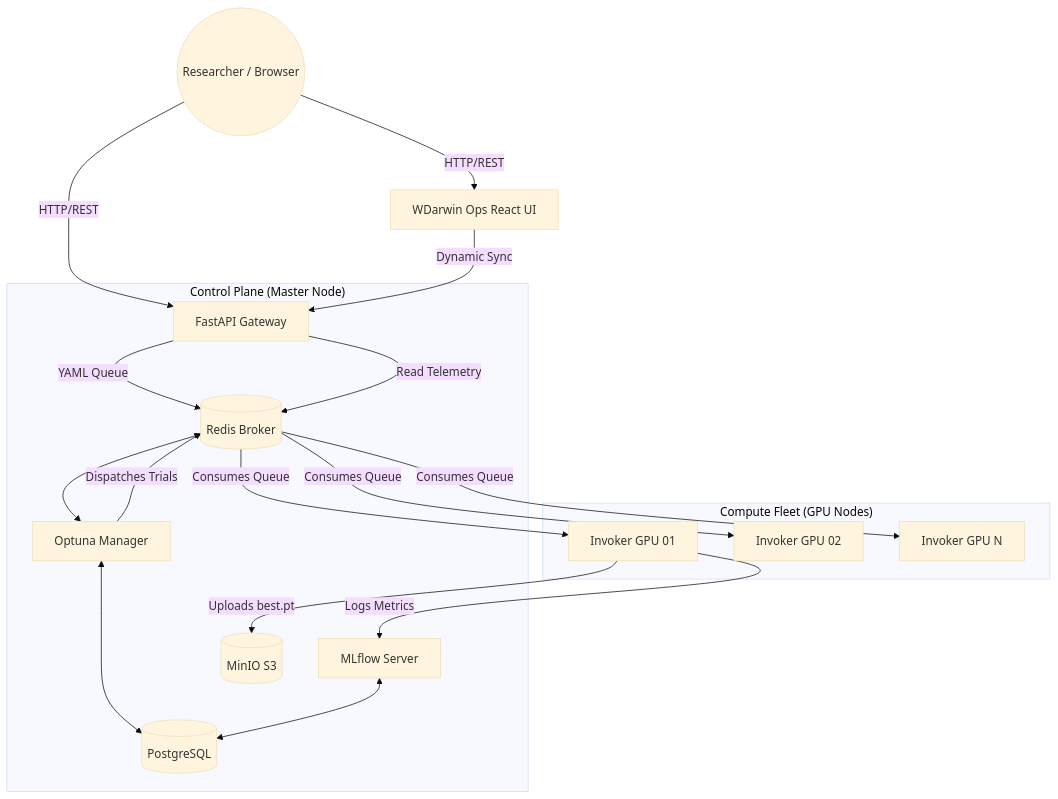
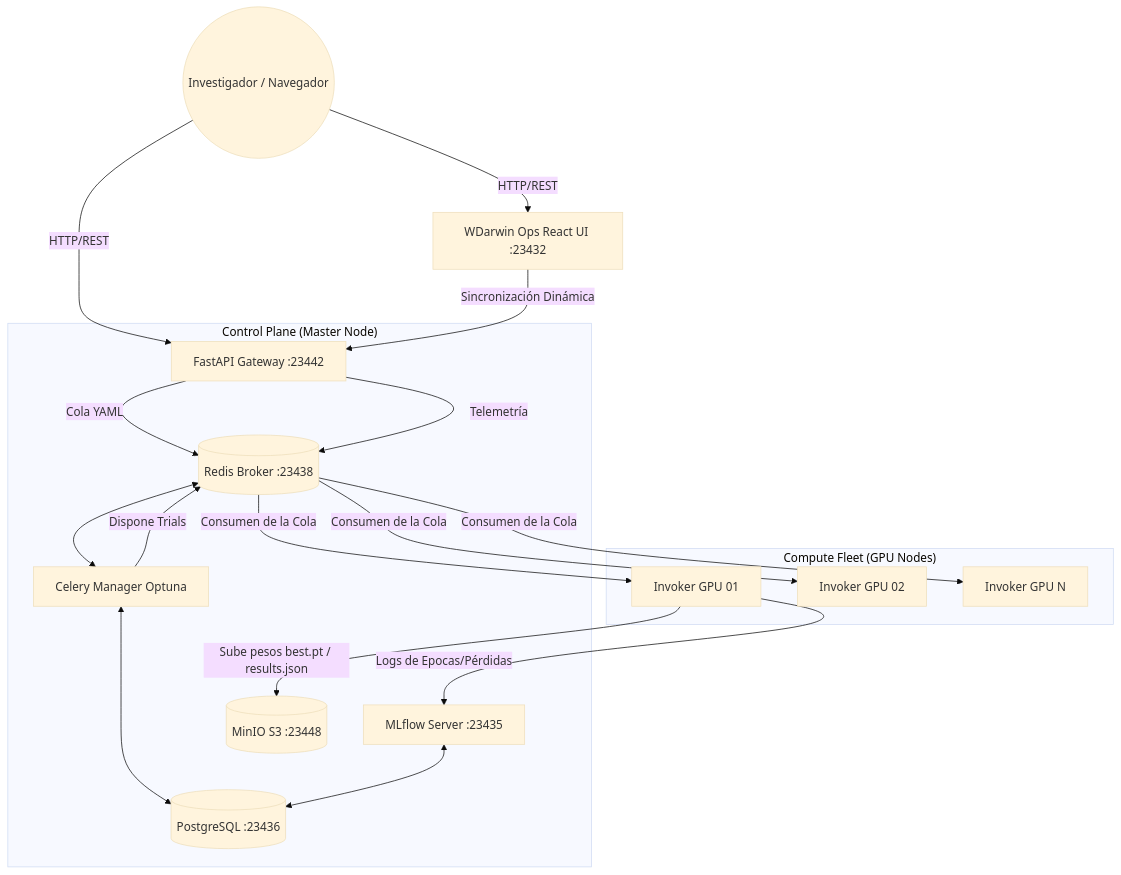
Before and after one commit to wisrovi/wyoloservice2_production: the diagram in README.md, drawn with Mermaid (base theme). The commit also changed other lines of this file, not shown here.

````diff
--- a/README.md
+++ b/README.md
@@ -73,29 +54,29 @@
 ```mermaid
 graph TD
-    Client((Researcher / Browser)) -->|HTTP/REST| UI[WDarwin Ops React UI]
-    Client -->|HTTP/REST| API[FastAPI Gateway]
-    UI -->|Dynamic Sync| API
+    Client((Investigador / Navegador)) -->|HTTP/REST| UI[WDarwin Ops React UI :23432]
+    Client -->|HTTP/REST| API[FastAPI Gateway :23442]
+    UI -->|Sincronización Dinámica| API
     
     subgraph "Control Plane (Master Node)"
-        API -->|YAML Queue| Redis[(Redis Broker)]
-        API -->|Read Telemetry| Redis
-        Redis <--> Manager[Optuna Manager]
-        Manager <--> PostgreSQL[(PostgreSQL)]
-        MLflow[MLflow Server] <--> PostgreSQL
-        MinIO[(MinIO S3)]
+        API -->|Cola YAML| Redis[(Redis Broker :23438)]
+        API -->|Telemetría| Redis
+        Redis <--> Manager[Celery Manager Optuna]
+        Manager <--> PostgreSQL[(PostgreSQL :23436)]
+        MLflow[MLflow Server :23435] <--> PostgreSQL
+        MinIO[(MinIO S3 :23448)]
     end
 
     subgraph "Compute Fleet (GPU Nodes)"
         Worker1[Invoker GPU 01]
         Worker2[Invoker GPU 02]
         WorkerN[Invoker GPU N]
     end
 
-    Manager -->|Dispatches Trials| Redis
-    Redis -->|Consumes Queue| Worker1
-    Redis -->|Consumes Queue| Worker2
-    Redis -->|Consumes Queue| WorkerN
+    Manager -->|Dispone Trials| Redis
+    Redis -->|Consumen de la Cola| Worker1
+    Redis -->|Consumen de la Cola| Worker2
+    Redis -->|Consumen de la Cola| WorkerN
     
-    Worker1 -->|Logs Metrics| MLflow
-    Worker1 -->|Uploads best.pt| MinIO
+    Worker1 -->|Logs de Epocas/Pérdidas| MLflow
+    Worker1 -->|Sube pesos best.pt / results.json| MinIO
 ```
````
